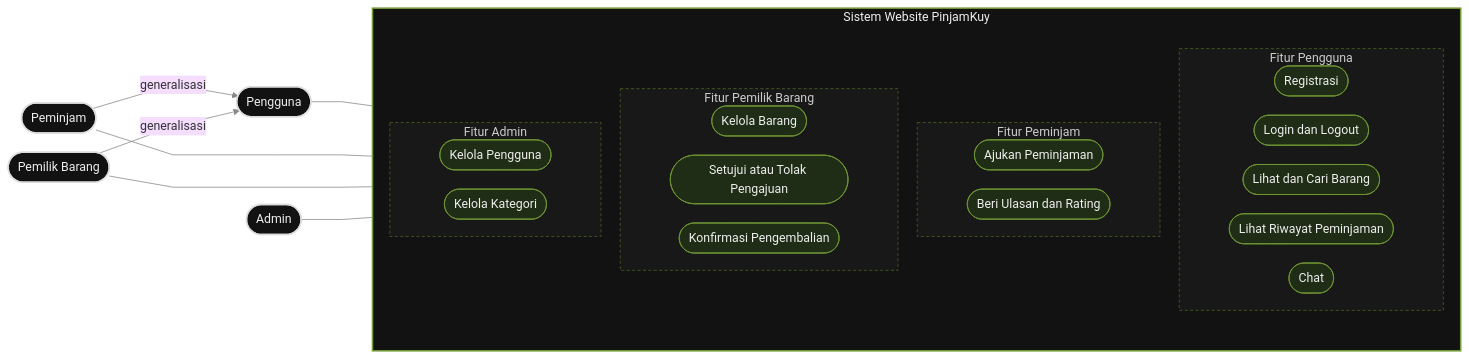
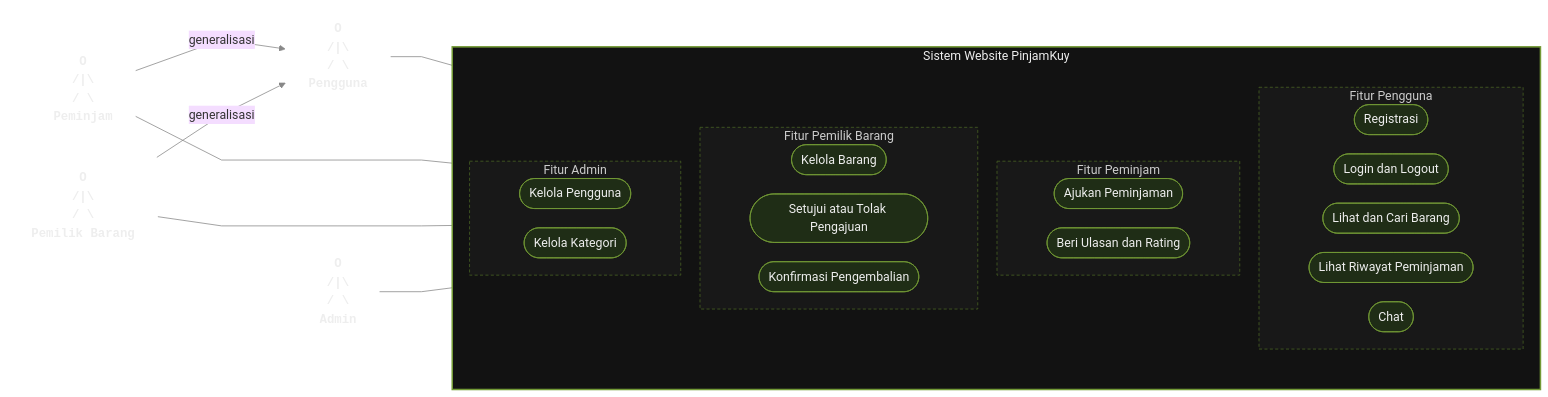
One commit to RPLUNIT052026/KELOMPOK-6---PinjamKuy changed the diagram in sprint-2/use-case.md. Above: the diagram before and after it, drawn with Mermaid.

````diff
--- a/sprint-2/use-case.md
+++ b/sprint-2/use-case.md
@@ -7,49 +7,49 @@
 ```mermaid
 %%{init: {"theme": "base", "flowchart": {"curve": "linear", "nodeSpacing": 25, "rankSpacing": 80}, "themeVariables": {"fontFamily": "Arial", "lineColor": "#888888"}}}%%
 flowchart LR
-    PG(["Pengguna"])
-    PM(["Peminjam"])
-    PB(["Pemilik Barang"])
-    AD(["Admin"])
+    PG["O<br>/#124;#92;<br>/ #92;<br>Pengguna"]
+    PM["O<br>/#124;#92;<br>/ #92;<br>Peminjam"]
+    PB["O<br>/#124;#92;<br>/ #92;<br>Pemilik Barang"]
+    AD["O<br>/#124;#92;<br>/ #92;<br>Admin"]
 
     PM -->|"generalisasi"| PG
     PB -->|"generalisasi"| PG
 
     subgraph SISTEM["Sistem Website PinjamKuy"]
         direction TB
         subgraph UMUM["Fitur Pengguna"]
             UC1(["Registrasi"])
             UC2(["Login dan Logout"])
             UC3(["Lihat dan Cari Barang"])
             UC4(["Lihat Riwayat Peminjaman"])
             UC5(["Chat"])
         end
         subgraph PINJAM["Fitur Peminjam"]
             UC6(["Ajukan Peminjaman"])
             UC7(["Beri Ulasan dan Rating"])
         end
         subgraph PEMILIK["Fitur Pemilik Barang"]
             UC8(["Kelola Barang"])
             UC9(["Setujui atau Tolak Pengajuan"])
             UC10(["Konfirmasi Pengembalian"])
         end
         subgraph ADMIN["Fitur Admin"]
             UC11(["Kelola Pengguna"])
             UC12(["Kelola Kategori"])
         end
     end
 
     PG --- UMUM
     PM --- PINJAM
     PB --- PEMILIK
     AD --- ADMIN
 
-    classDef actor fill:#121212,stroke:#DDDDDD,color:#EEEEEE,stroke-width:2px
+    classDef actor fill:transparent,stroke:transparent,color:#EEEEEE,font-family:monospace,font-weight:bold
     classDef usecase fill:#1F2D16,stroke:#739A36,color:#EEEEEE
     classDef group fill:#181818,stroke:#4A6324,color:#CCCCCC,stroke-dasharray:4 3
 
     class PG,PM,PB,AD actor
     class UC1,UC2,UC3,UC4,UC5,UC6,UC7,UC8,UC9,UC10,UC11,UC12 usecase
     class UMUM,PINJAM,PEMILIK,ADMIN group
     style SISTEM fill:#121212,stroke:#739A36,color:#EEEEEE,stroke-width:2px
 ```
````
